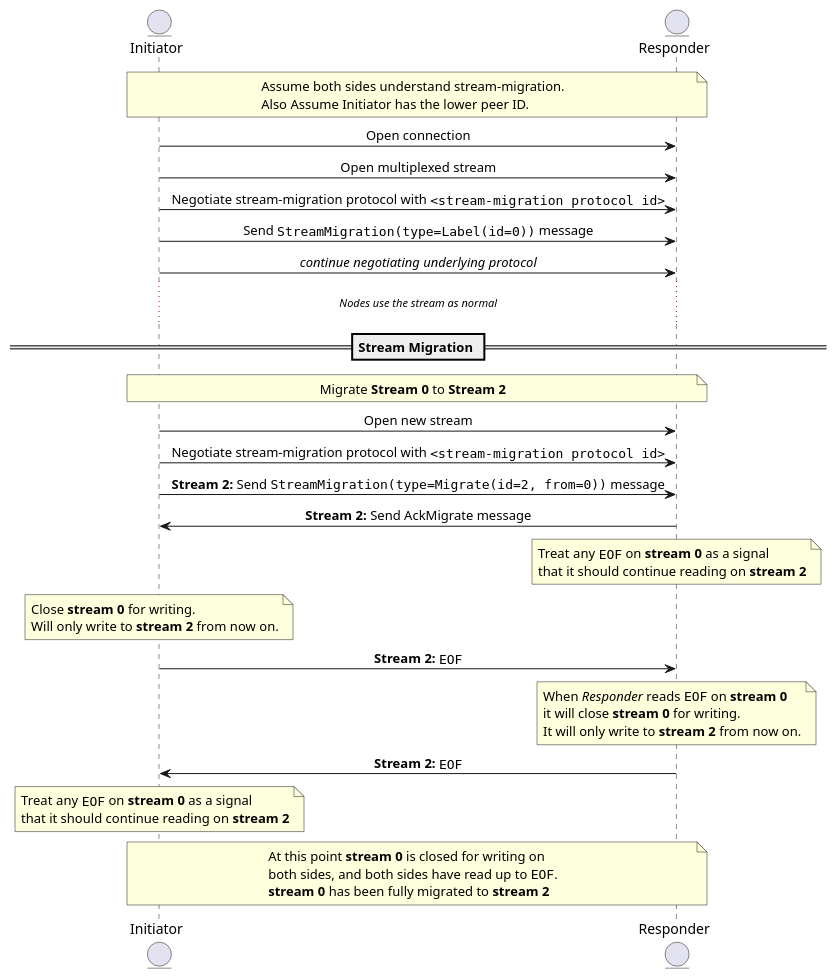
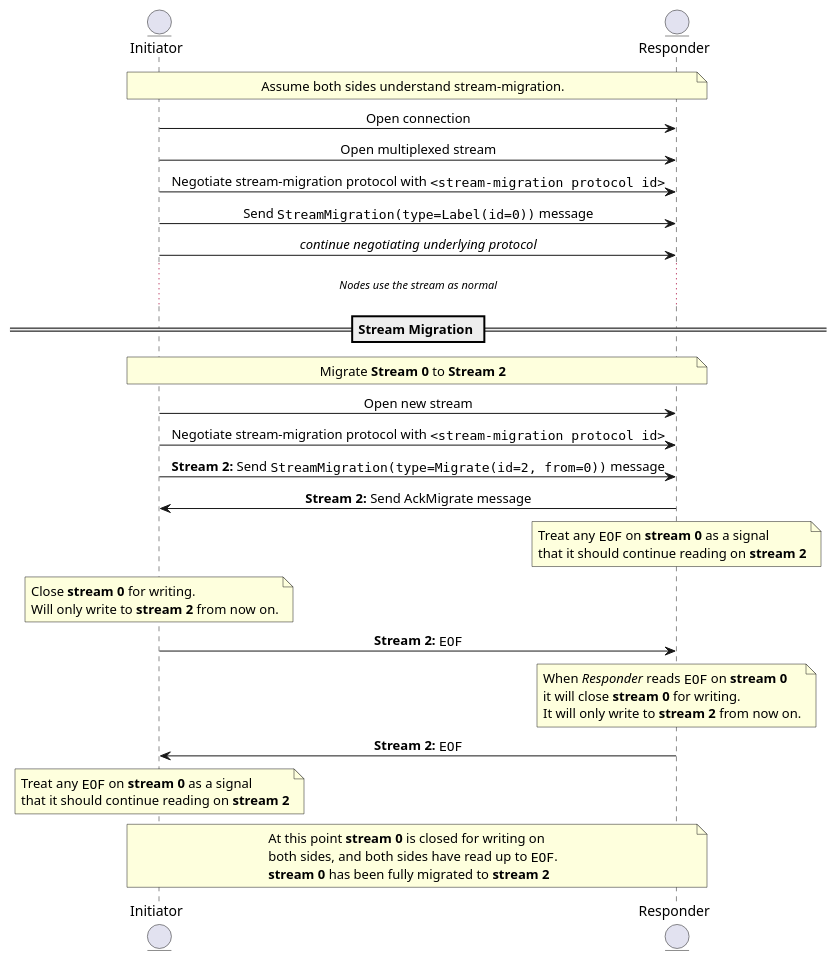
The diagram in connections/stream-migration.md (libp2p/specs), drawn with PlantUML before and after one commit. The commit also changed other lines of this file, not shown here.

````diff
--- a/connections/stream-migration.md
+++ b/connections/stream-migration.md
@@ -63,66 +62,65 @@
 ``` plantuml
 @startuml stream-migration
 skinparam sequenceMessageAlign center
 entity Initiator
 entity Responder
 
 note over Initiator, Responder
     Assume both sides understand stream-migration.
-    Also Assume Initiator has the lower peer ID.
 end note
 
 Initiator -> Responder: Open connection
 Initiator -> Responder: Open multiplexed stream
 
 Initiator -> Responder: Negotiate stream-migration protocol with ""<stream-migration protocol id>""
 
 Initiator -> Responder: Send ""StreamMigration(type=Label(id=0))"" message
 
 Initiator -> Responder: <i> continue negotiating underlying protocol </i>
 ... <i>Nodes use the stream as normal<i> ...
 
 == Stream Migration ==
 
 note over Initiator, Responder: Migrate <b>Stream 0</b> to <b>Stream 2</b>
 
 Initiator -> Responder: Open new stream
 Initiator -> Responder: Negotiate stream-migration protocol with ""<stream-migration protocol id>""
 
 Initiator -> Responder: <b>Stream 2:</b> Send ""StreamMigration(type=Migrate(id=2, from=0))"" message
 
 Initiator <- Responder: <b>Stream 2:</b> Send AckMigrate message
 
 note over Responder
     Treat any ""EOF"" on <b>stream 0</b> as a signal
     that it should continue reading on <b>stream 2</b>
 end note
 
 
 note over Initiator
     Close <b>stream 0</b> for writing.
     Will only write to <b>stream 2</b> from now on.
 end note
 
 Initiator -> Responder: <b>Stream 2:</b> ""EOF""
 
 note over Responder
     When <i>Responder</i> reads ""EOF"" on <b>stream 0</b>
     it will close <b>stream 0</b> for writing.
     It will only write to <b>stream 2</b> from now on.
 end note
 
 Initiator <- Responder: <b>Stream 2:</b> ""EOF""
 
 note over Initiator
     Treat any ""EOF"" on <b>stream 0</b> as a signal
     that it should continue reading on <b>stream 2</b>
 end note
 
 note over Initiator, Responder
     At this point <b>stream 0</b> is closed for writing on
     both sides, and both sides have read up to ""EOF"".
     <b>stream 0</b> has been fully migrated to <b>stream 2</b>
 end note
 
 @enduml
 ```
````
